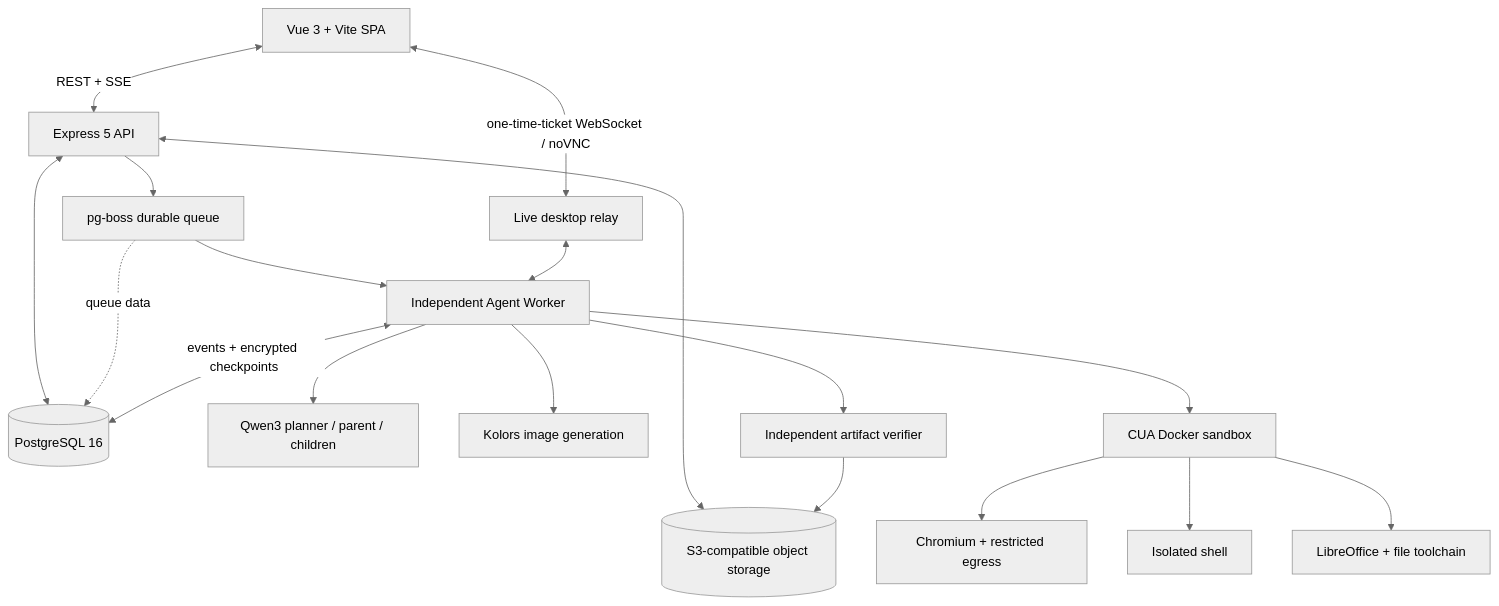
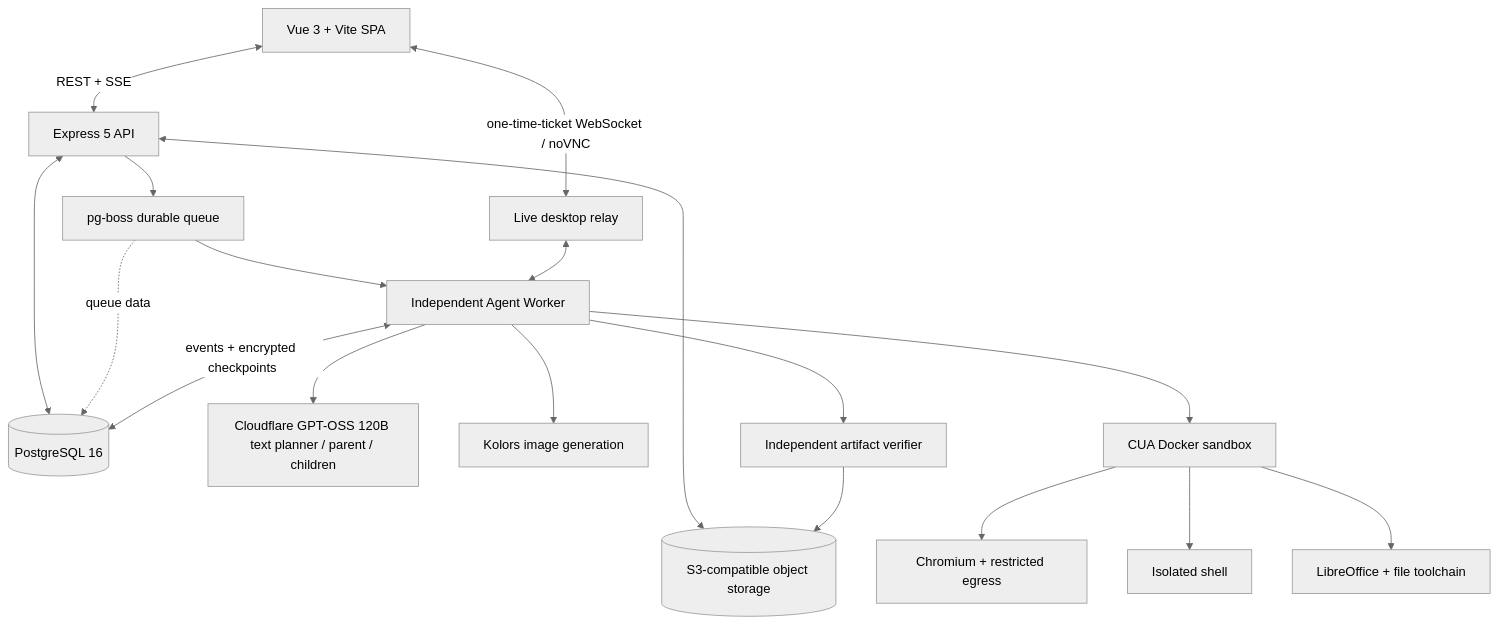
Before and after one commit to FengFan-1997/Artigen: the second of 2 diagrams in README.en.md, drawn with Mermaid (neutral theme). The commit also changed other lines of this file and 55 other files, not shown here.

Commit message:
fix(agent): enforce cloudflare text runtime boundaries

````diff
--- a/README.en.md
+++ b/README.en.md
@@ -153,25 +153,25 @@
 ```mermaid
 flowchart TB
     UI["Vue 3 + Vite SPA"] <-->|"REST + SSE"| API["Express 5 API"]
 
     API <--> PG[("PostgreSQL 16")]
     API <--> S3[("S3-compatible object storage")]
     API --> Q["pg-boss durable queue"]
     Q -. "queue data" .-> PG
     Q --> W["Independent Agent Worker"]
 
     W <-->|"events + encrypted checkpoints"| PG
-    W --> MODEL["Qwen3 planner / parent / children"]
+    W --> MODEL["Cloudflare GPT-OSS 120B text planner / parent / children"]
     W --> IMAGE["Kolors image generation"]
     W --> CUA["CUA Docker sandbox"]
 
     CUA --> BROWSER["Chromium + restricted egress"]
     CUA --> SHELL["Isolated shell"]
     CUA --> OFFICE["LibreOffice + file toolchain"]
 
     W --> VERIFY["Independent artifact verifier"]
     VERIFY --> S3
 
     UI <-->|"one-time-ticket WebSocket / noVNC"| RELAY["Live desktop relay"]
     RELAY <--> W
 ```
````
